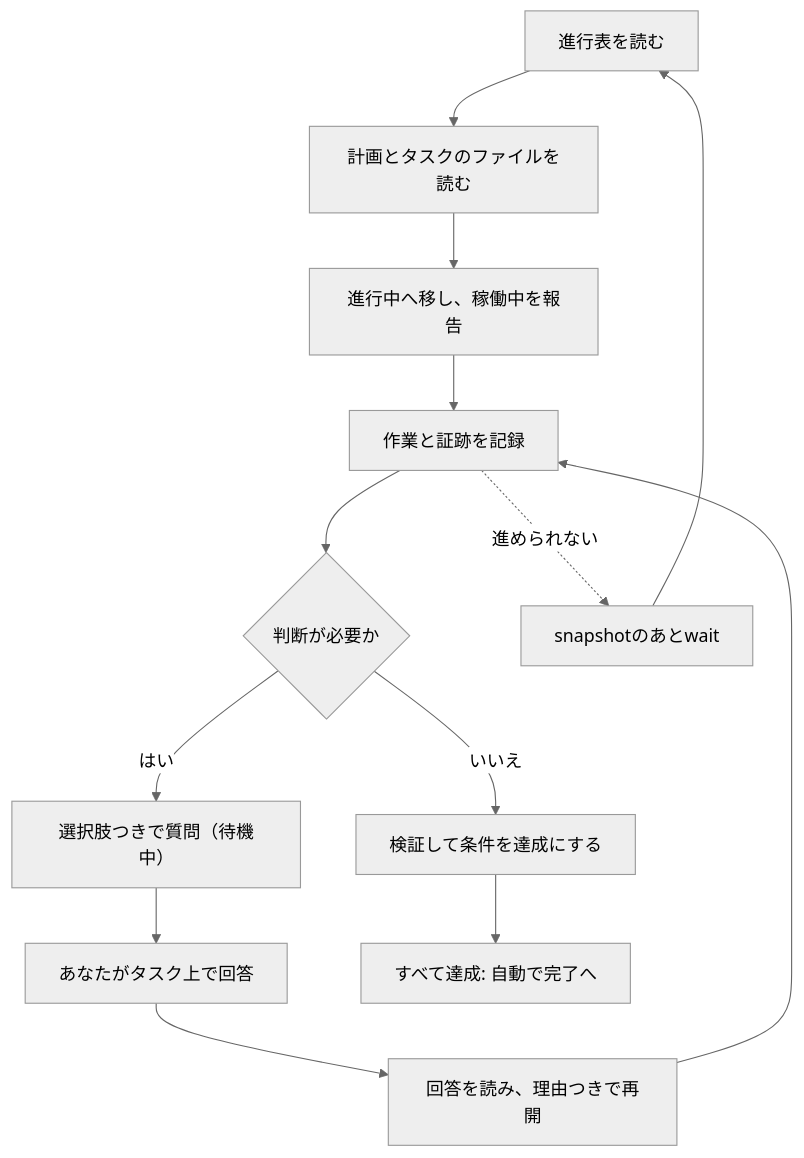
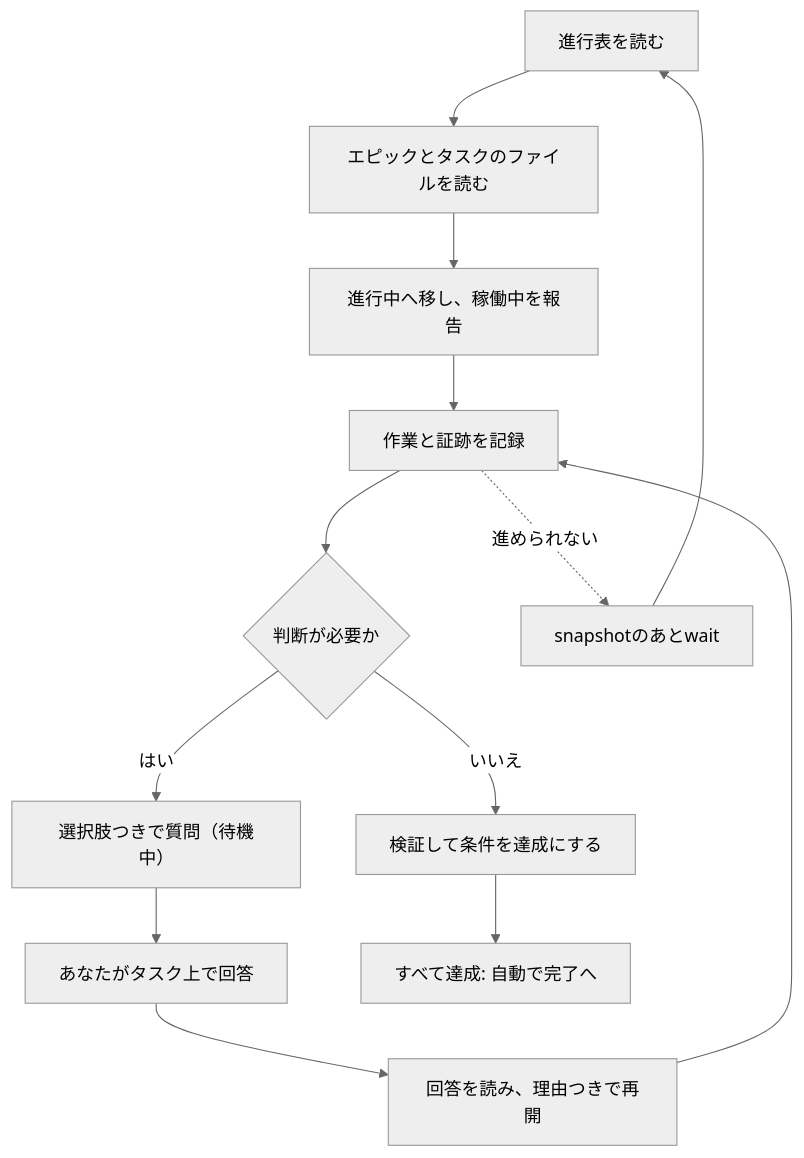
The diagram in docs/ja/guide/automation/agents.md (FooQoo/agent-board), drawn with Mermaid (neutral theme) before and after one commit. The commit also changed other lines of this file and 42 other files, not shown here.

````diff
--- a/docs/ja/guide/automation/agents.md
+++ b/docs/ja/guide/automation/agents.md
@@ -44,15 +44,15 @@
 ```mermaid
 flowchart TD
-    P["進行表を読む"] --> R["計画とタスクのファイルを読む"]
+    P["進行表を読む"] --> R["エピックとタスクのファイルを読む"]
     R --> D["進行中へ移し、稼働中を報告"]
     D --> L["作業と証跡を記録"]
     L --> Q{"判断が必要か"}
     Q -- はい --> PE["選択肢つきで質問（待機中）"]
     PE --> A["あなたがタスク上で回答"]
     A --> RE["回答を読み、理由つきで再開"]
     RE --> L
     Q -- いいえ --> V["検証して条件を達成にする"]
     V --> DN["すべて達成: 自動で完了へ"]
     L -. 進められない .-> W["snapshotのあとwait"]
     W --> P
 ```
````
